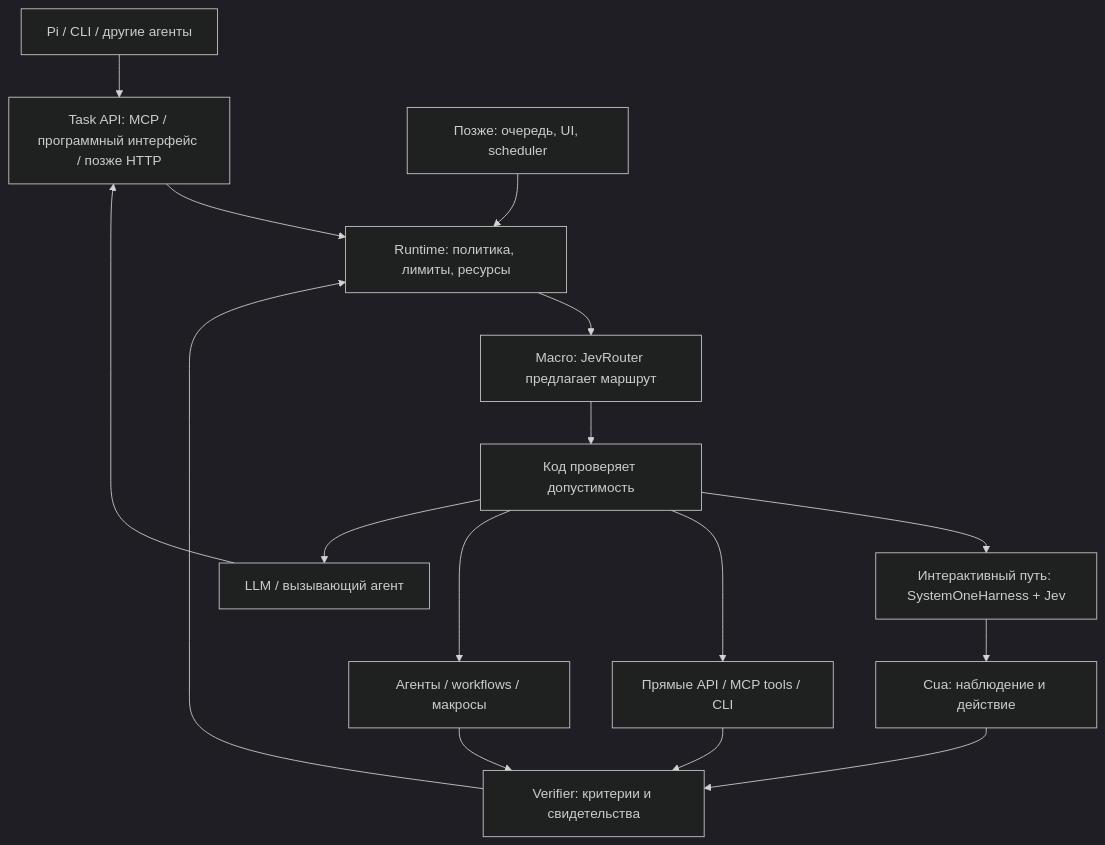
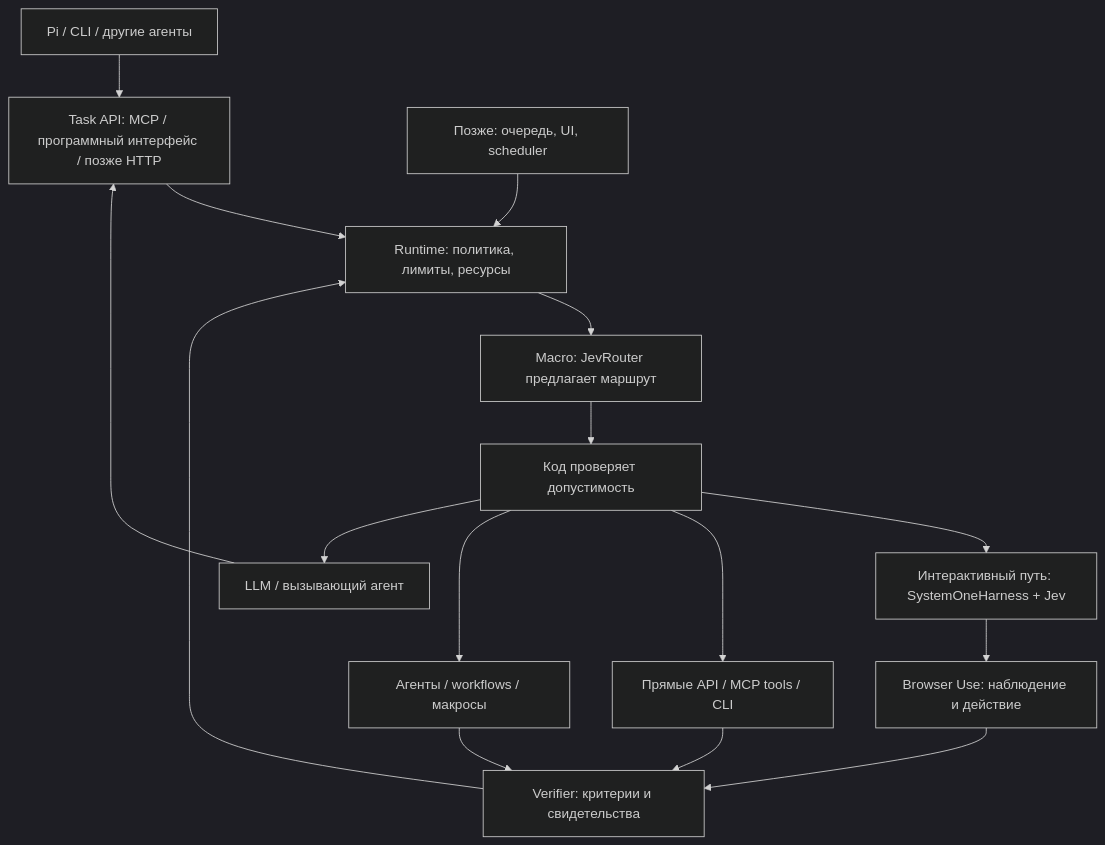
One commit to AndrewMoryakov/ReflexMesh changed the diagram in docs/architecture/TARGET_ARCHITECTURE.md. Above: the diagram before and after it, drawn with Mermaid (dark theme). The commit also changed other lines of this file and 4 other files, not shown here.

````diff
--- a/docs/architecture/TARGET_ARCHITECTURE.md
+++ b/docs/architecture/TARGET_ARCHITECTURE.md
@@ -31,18 +39,18 @@
 ```mermaid
 flowchart TD
     Client["Pi / CLI / другие агенты"] --> API["Task API: MCP / программный интерфейс / позже HTTP"]
     API --> Runtime["Runtime: политика, лимиты, ресурсы"]
     Control["Позже: очередь, UI, scheduler"] --> Runtime
     Runtime --> Router["Macro: JevRouter предлагает маршрут"]
     Router --> Gate["Код проверяет допустимость"]
     Gate --> Interactive["Интерактивный путь: SystemOneHarness + Jev"]
     Gate --> Direct["Прямые API / MCP tools / CLI"]
     Gate --> Specialized["Агенты / workflows / макросы"]
     Gate --> Handoff["LLM / вызывающий агент"]
-    Interactive --> Cua["Cua: наблюдение и действие"]
-    Cua --> Verify["Verifier: критерии и свидетельства"]
+    Interactive --> Browser["Browser Use: наблюдение и действие"]
+    Browser --> Verify["Verifier: критерии и свидетельства"]
     Direct --> Verify
     Specialized --> Verify
     Verify --> Runtime
     Handoff --> API
 ```
````
